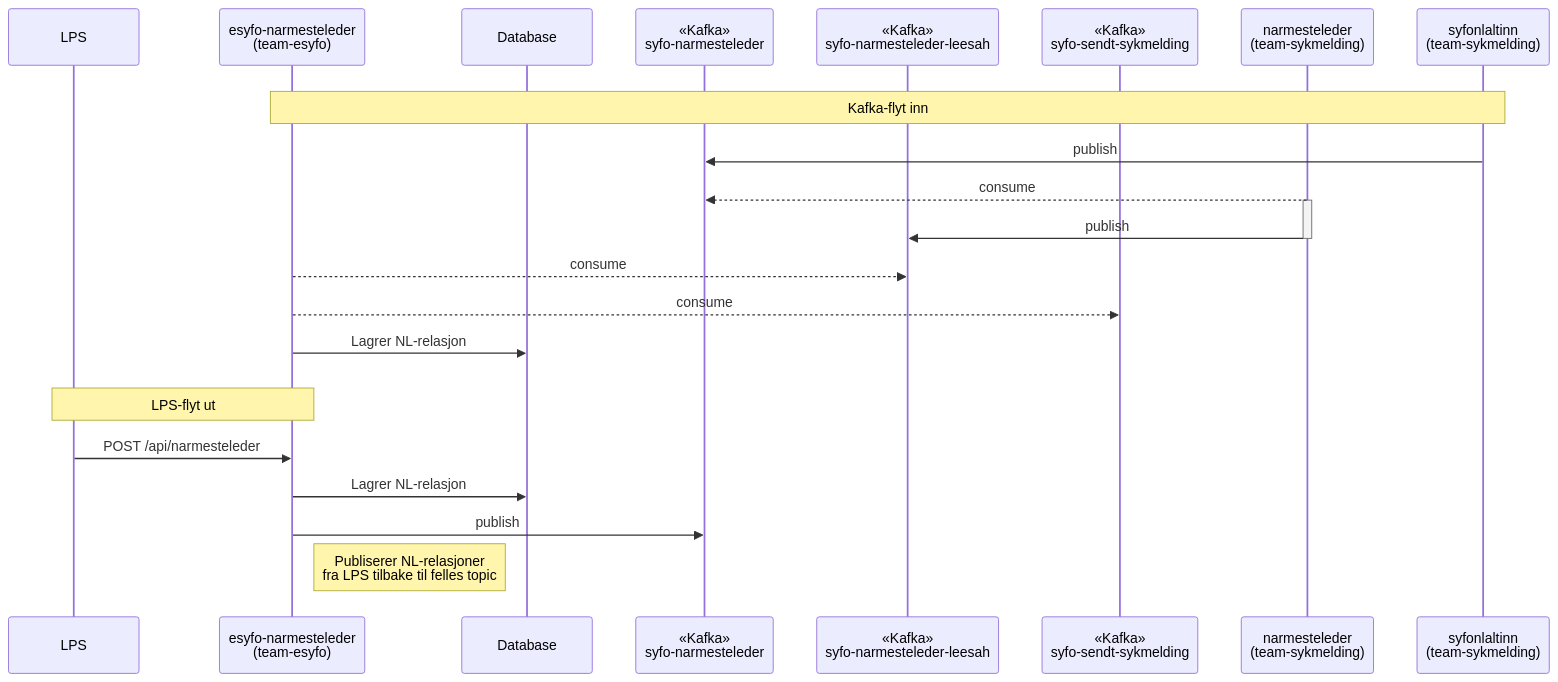
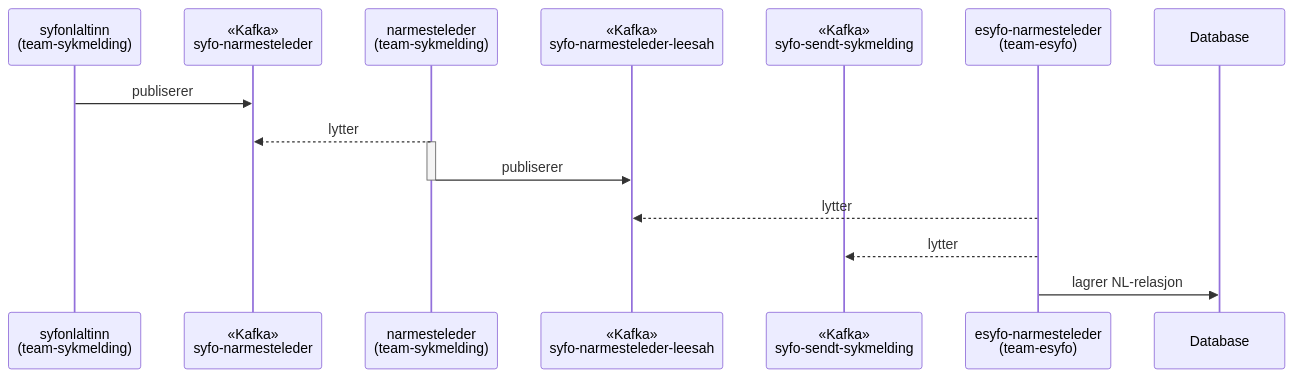
Before and after one commit to navikt/team-esyfo: the first of 2 diagrams in docs/omrader/narmeste-leder/teknisk.md, drawn with Mermaid. The commit also changed other lines of this file and 2 other files, not shown here.

Commit message:
fix: utbedre inspektørfunn — dark mode overlay, IKKE_OPPFYLT-presisering og narmeste-leder-diagrammer
- Utvid CSS dark mode-regler til å dekke mermaid-overlay (fullskjermvisning)
- Presiser i brukerreisen at microfrontend skjules ved IKKE_OPPFYLT
- Splitt narmeste-leder til separate diagrammer med norske verb

````diff
--- a/docs/omrader/narmeste-leder/teknisk.md
+++ b/docs/omrader/narmeste-leder/teknisk.md
@@ -11,33 +13,19 @@
 ```mermaid
 sequenceDiagram
-    participant LPS as LPS
-    participant esyfo as esyfo-narmesteleder<br/>(team-esyfo)
-    participant DB as Database
+    participant altinn as syfonlaltinn<br/>(team-sykmelding)
     participant t_nl as «Kafka»<br/>syfo-narmesteleder
+    participant nl as narmesteleder<br/>(team-sykmelding)
     participant t_leesah as «Kafka»<br/>syfo-narmesteleder-leesah
     participant t_sm as «Kafka»<br/>syfo-sendt-sykmelding
-    participant nl as narmesteleder<br/>(team-sykmelding)
-    participant altinn as syfonlaltinn<br/>(team-sykmelding)
+    participant esyfo as esyfo-narmesteleder<br/>(team-esyfo)
+    participant db as Database
 
-    rect transparent
-    Note over altinn,esyfo: Kafka-flyt inn
-
-    altinn->>t_nl: publish
-    nl-->>t_nl: consume
+    altinn->>t_nl: publiserer
+    nl-->>t_nl: lytter
     activate nl
-    nl->>t_leesah: publish
+    nl->>t_leesah: publiserer
     deactivate nl
-    esyfo-->>t_leesah: consume
-    esyfo-->>t_sm: consume
-    esyfo->>DB: Lagrer NL-relasjon
-    end
-
-    rect transparent
-    Note over LPS,esyfo: LPS-flyt ut
-
-    LPS->>esyfo: POST /api/narmesteleder
-    esyfo->>DB: Lagrer NL-relasjon
-    esyfo->>t_nl: publish
-    Note right of esyfo: Publiserer NL-relasjoner<br/>fra LPS tilbake til felles topic
-    end
+    esyfo-->>t_leesah: lytter
+    esyfo-->>t_sm: lytter
+    esyfo->>db: lagrer NL-relasjon
 ```
````
